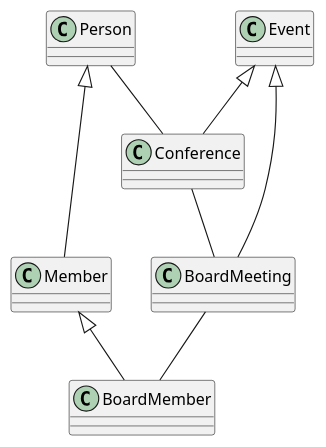
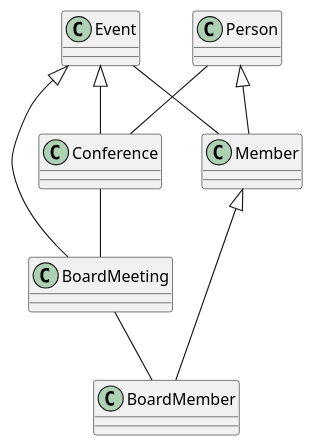
One commit to DaniJorCa/UMLDanielJordanCarre-o changed the diagram in src/UOC.puml. Above: the diagram before and after it, drawn with PlantUML.

Commit message:
Event -- Member

```diff
--- a/src/UOC.puml
+++ b/src/UOC.puml
@@ -1,13 +1,14 @@
 @startuml
 
 
 Conference -- BoardMeeting
 Event <|-- Conference
 Event <|-- BoardMeeting
 
 Person <|-- Member
 Member <|-- BoardMember
 
 Person -- Conference
 BoardMeeting -- BoardMember
+Event -- Member
 @enduml
```
